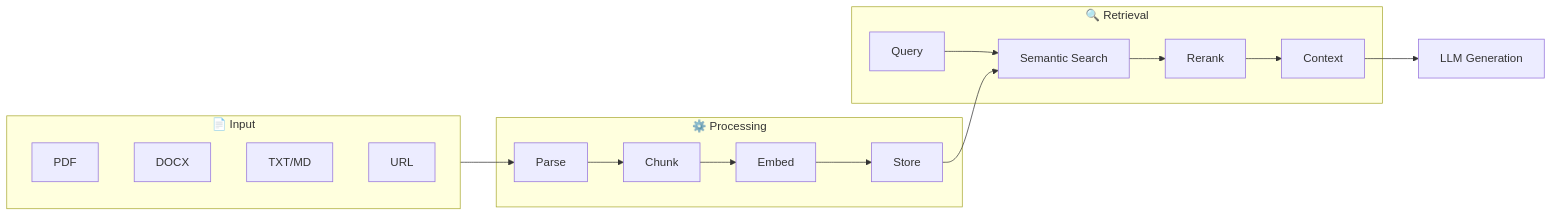
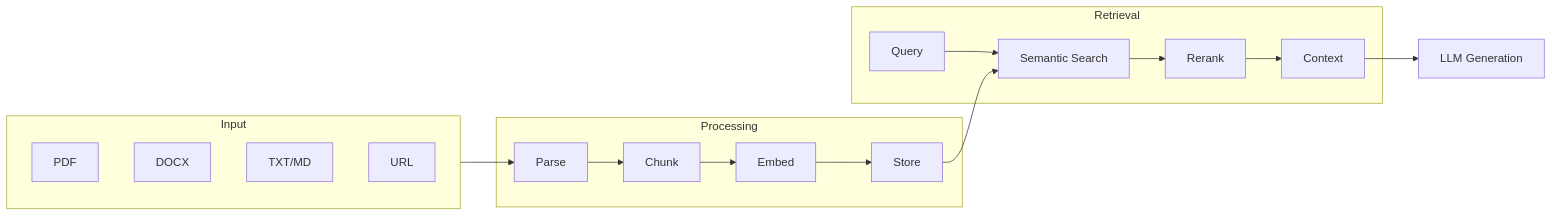
One commit to lorddannykay/ByteLab changed the third of 4 diagrams in README.md. Above: the diagram before and after it, drawn with Mermaid. The commit also changed other lines of this file, not shown here.

````diff
--- a/README.md
+++ b/README.md
@@ -234,25 +236,25 @@
 ```mermaid
 flowchart LR
-    subgraph Input["📄 Input"]
+    subgraph Input["Input"]
         PDF[PDF]
         DOCX[DOCX]
         TXT[TXT/MD]
         URL[URL]
     end
     
-    subgraph Process["⚙️ Processing"]
+    subgraph Process["Processing"]
         Parse[Parse] --> Chunk[Chunk]
         Chunk --> Embed[Embed]
         Embed --> Store[Store]
     end
     
-    subgraph Retrieve["🔍 Retrieval"]
+    subgraph Retrieve["Retrieval"]
         Query[Query] --> Search[Semantic Search]
         Search --> Rerank[Rerank]
         Rerank --> Context[Context]
     end
     
     Input --> Parse
     Store --> Search
     Context --> LLM[LLM Generation]
 ```
````
